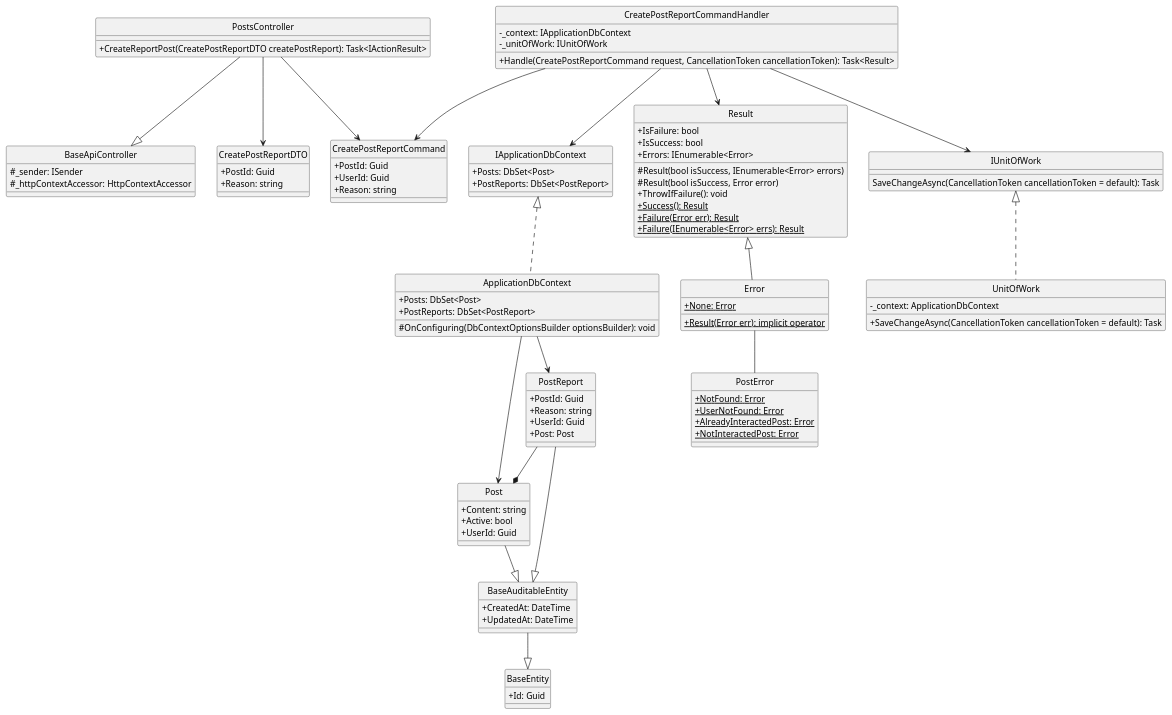
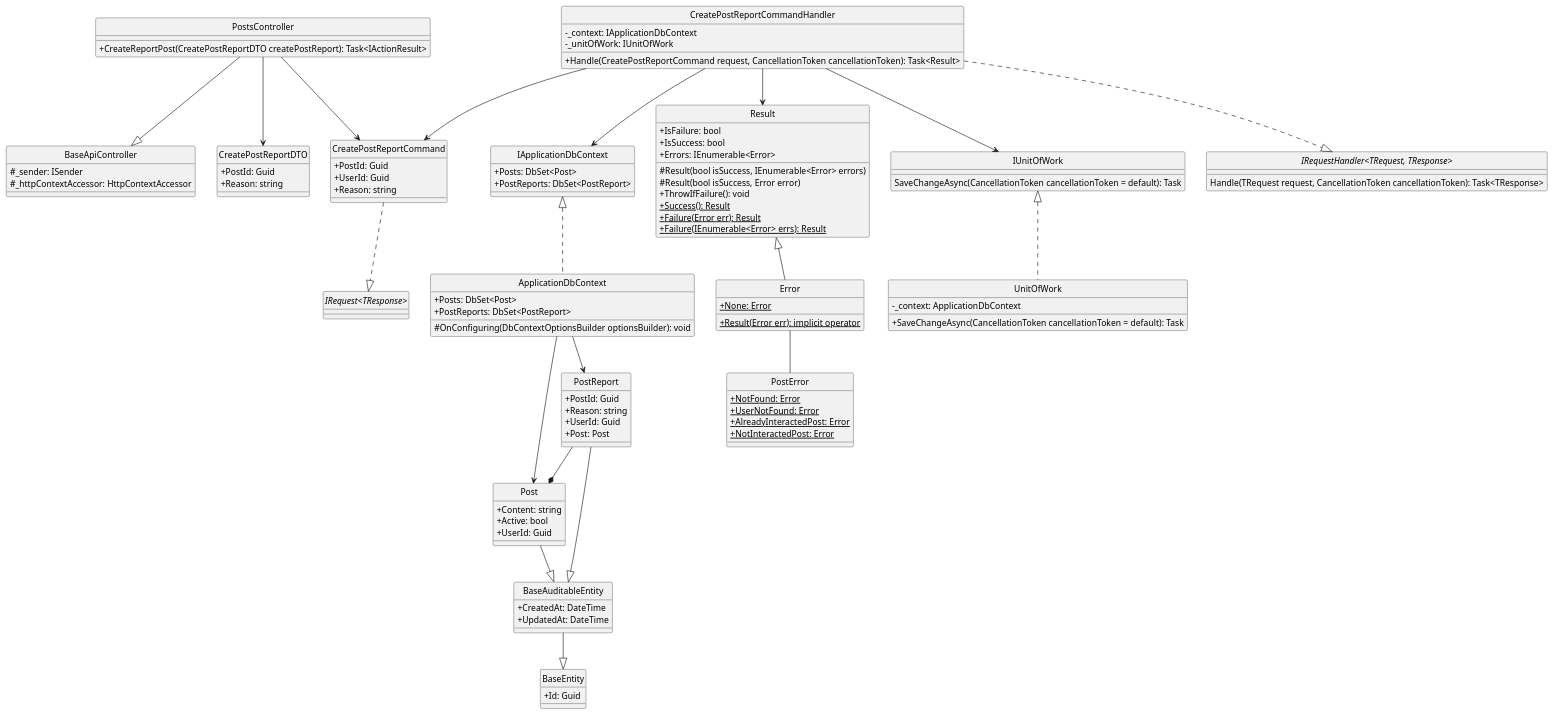
The diagram in docs/Class Diagram/Post/Post/CreateReportPost/ClassDiagram.plantuml (Carl-Johnsons/Chat-Application), drawn with PlantUML before and after one commit. The commit also changed 21 other files, not shown here.

Commit message:
update post class diagram

```diff
--- a/docs/Class Diagram/Post/Post/CreateReportPost/ClassDiagram.plantuml
+++ b/docs/Class Diagram/Post/Post/CreateReportPost/ClassDiagram.plantuml
@@ -1,119 +1,126 @@
-@startuml 
+@startuml createReportPost
 hide circle
 skinparam classAttributeIconSize 0
 
 class BaseApiController {
     #_sender: ISender
     #_httpContextAccessor: HttpContextAccessor
 }
 
 class PostsController {
     +CreateReportPost(CreatePostReportDTO createPostReport): Task<IActionResult>
 }
 
 class CreatePostReportCommand {
     +PostId: Guid
     +UserId: Guid
     +Reason: string
 }
 
 class CreatePostReportCommandHandler {
     -_context: IApplicationDbContext 
     -_unitOfWork: IUnitOfWork
     +Handle(CreatePostReportCommand request, CancellationToken cancellationToken): Task<Result> 
 }
 
 class IApplicationDbContext {
     +Posts: DbSet<Post> 
     +PostReports: DbSet<PostReport>
 }
 
 class ApplicationDbContext {
     +Posts: DbSet<Post>
     +PostReports: DbSet<PostReport>
     #OnConfiguring(DbContextOptionsBuilder optionsBuilder): void
 }
 
 class Result {
     +IsFailure: bool
     +IsSuccess: bool
     +Errors: IEnumerable<Error>
     #Result(bool isSuccess, IEnumerable<Error> errors)
     #Result(bool isSuccess, Error error)
     +ThrowIfFailure(): void
     +{static} Success(): Result
     +{static} Failure(Error err): Result
     +{static} Failure(IEnumerable<Error> errs): Result
 }
 
 class Error {
     +{static} None: Error
     +{static} Result(Error err): implicit operator
 }
 
 class IUnitOfWork {
     SaveChangeAsync(CancellationToken cancellationToken = default): Task
 }
 
 class UnitOfWork {
     -_context: ApplicationDbContext
     +SaveChangeAsync(CancellationToken cancellationToken = default): Task
 }
 
 class PostError {
     +{static} NotFound: Error
     +{static} UserNotFound: Error
     +{static} AlreadyInteractedPost: Error
     +{static} NotInteractedPost: Error
 }
 
 class CreatePostReportDTO {
     +PostId: Guid
     +Reason: string
 }
 
 class BaseEntity {
     +Id: Guid 
 }
 
 class BaseAuditableEntity{
     +CreatedAt: DateTime
     +UpdatedAt: DateTime
 }
 
 class Post {
     +Content: string
     +Active: bool
     +UserId: Guid
 }
 
 class PostReport {
     +PostId: Guid
     +Reason: string
     +UserId: Guid
     +Post: Post
 } 
 
+interface "IRequest<TResponse>"
+interface "IRequestHandler<TRequest, TResponse>"{
+    Handle(TRequest request, CancellationToken cancellationToken): Task<TResponse>
+}
+
 '==== Create PostInteract ====
 'API Layer
 PostsController --|> BaseApiController
 PostsController --> CreatePostReportCommand
 PostsController --> CreatePostReportDTO
 'Application Layer
+CreatePostReportCommand ..|> "IRequest<TResponse>"
+CreatePostReportCommandHandler ..|> "IRequestHandler<TRequest, TResponse>"
 CreatePostReportCommandHandler --> CreatePostReportCommand
 CreatePostReportCommandHandler --> Result
 CreatePostReportCommandHandler --> IUnitOfWork
 CreatePostReportCommandHandler --> IApplicationDbContext
 'Domain Layer
 Result <|-- Error
 Error -- PostError
 PostReport --|> BaseAuditableEntity
 Post --|> BaseAuditableEntity
 BaseAuditableEntity --|> BaseEntity
 PostReport --* Post
 'Infrastructure Layer
 IUnitOfWork <|.. UnitOfWork
 IApplicationDbContext <|.. ApplicationDbContext
 ApplicationDbContext --> PostReport
 ApplicationDbContext --> Post
 @enduml
```
